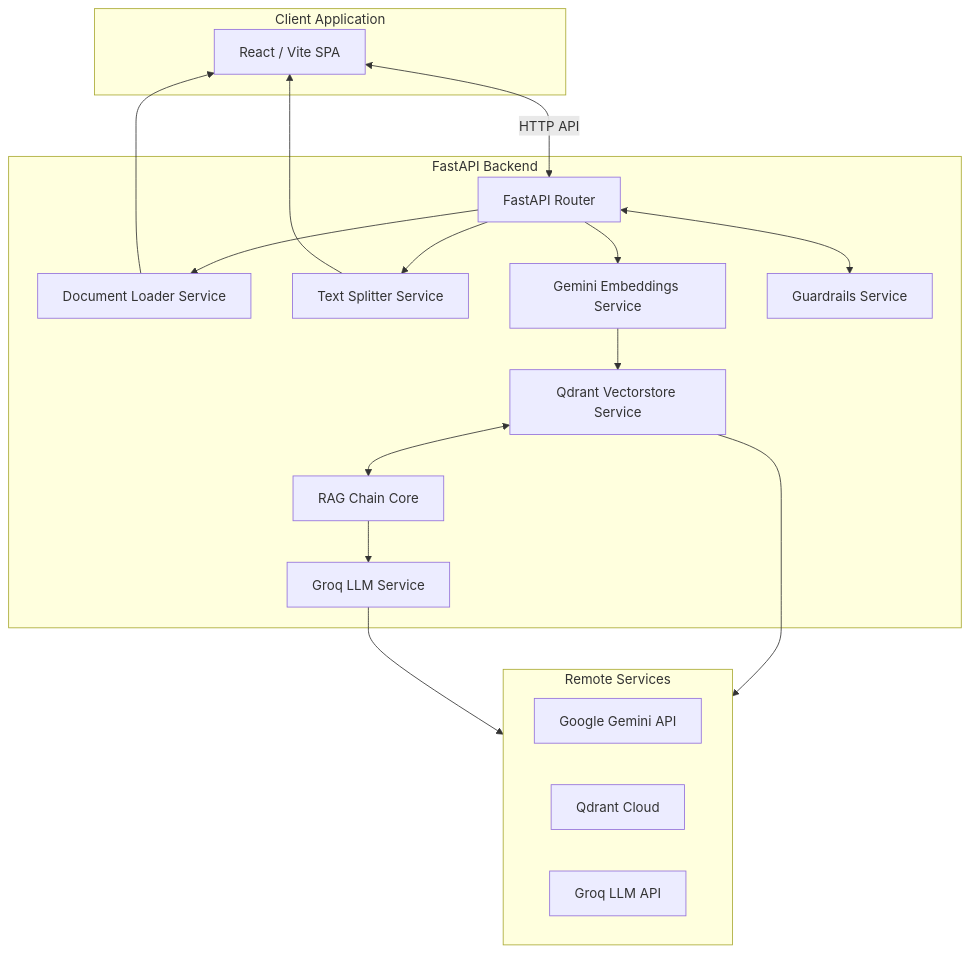
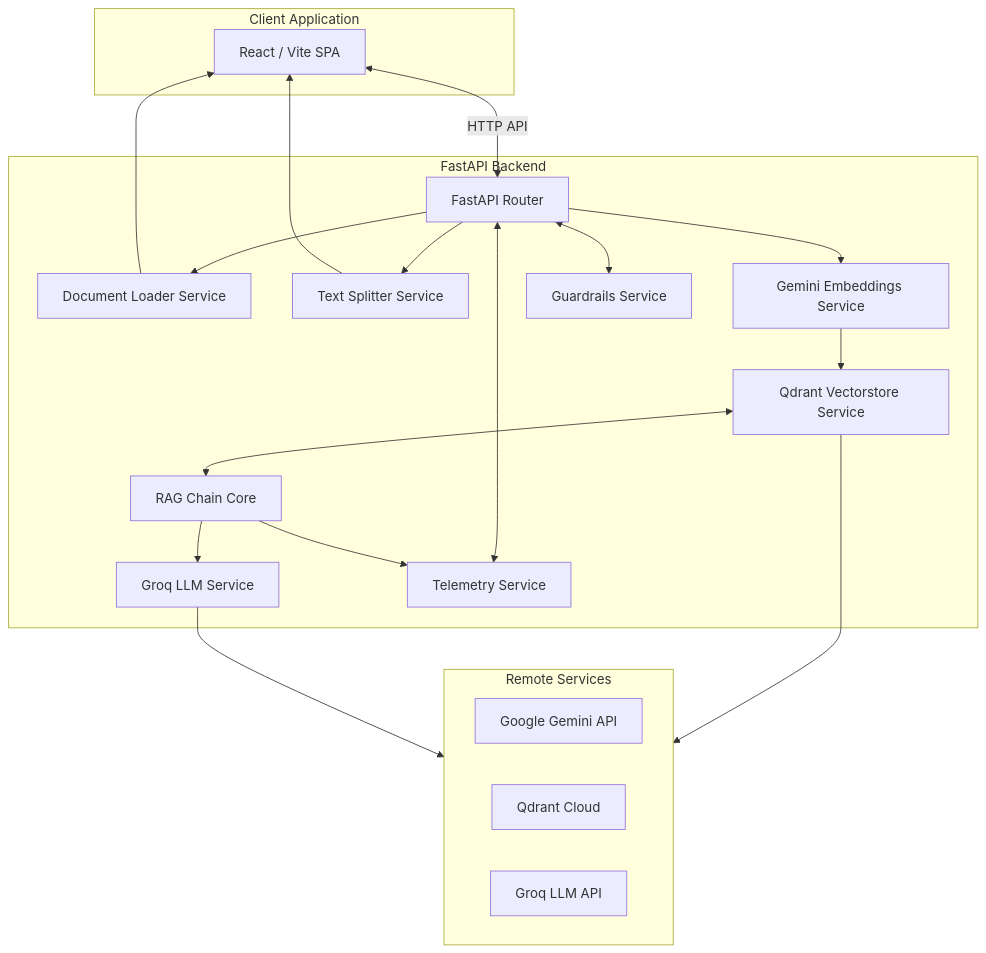
One commit to theravirai/source-stream changed the diagram in docs/architecture.md. Above: the diagram before and after it, drawn with Mermaid. The commit also changed other lines of this file and 3 other files, not shown here.

Commit message:
docs: create core system and architecture documentation

````diff
--- a/docs/architecture.md
+++ b/docs/architecture.md
@@ -7,36 +7,39 @@
 ```mermaid
 graph TD
     subgraph Client [Client Application]
         UI[React / Vite SPA]
     end
 
     subgraph Server [FastAPI Backend]
         API[FastAPI Router]
         DL[Document Loader Service]
         TS[Text Splitter Service]
         EMB[Gemini Embeddings Service]
         VEC[Qdrant Vectorstore Service]
         LLM[Groq LLM Service]
         RAG[RAG Chain Core]
         GUARD[Guardrails Service]
+        TEL[Telemetry Service]
     end
 
     subgraph Remote [Remote Services]
         Gemini[Google Gemini API]
         Qdrant[Qdrant Cloud]
         Groq[Groq LLM API]
     end
 
     UI <-->|HTTP API| API
     API <--> GUARD
+    API <--> TEL
     API --> DL
     API --> TS
     API --> EMB
     DL --> UI
     TS --> UI
     EMB --> VEC
     VEC --> Remote
     VEC <--> RAG
     RAG --> LLM
+    RAG --> TEL
     LLM --> Remote
 ```
````
